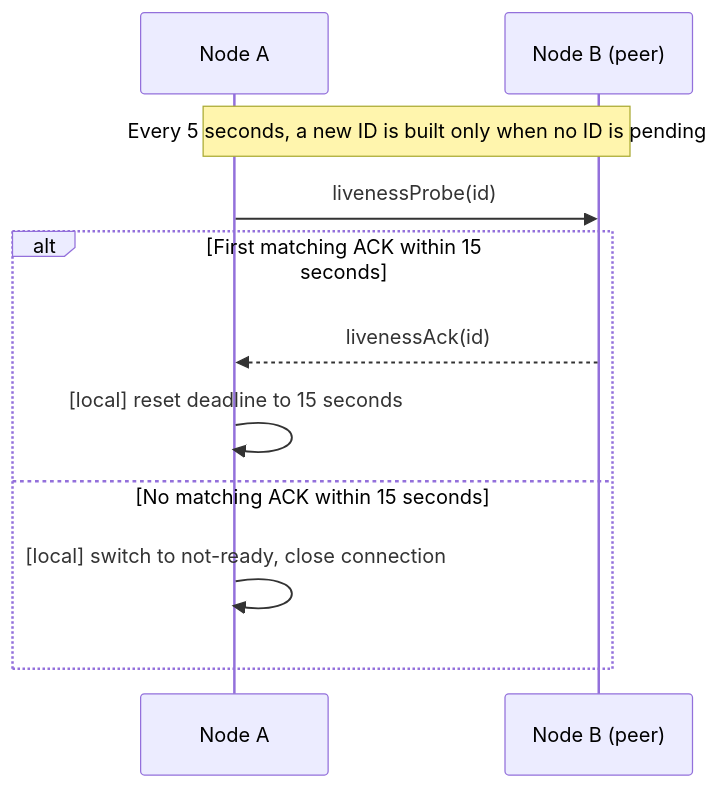
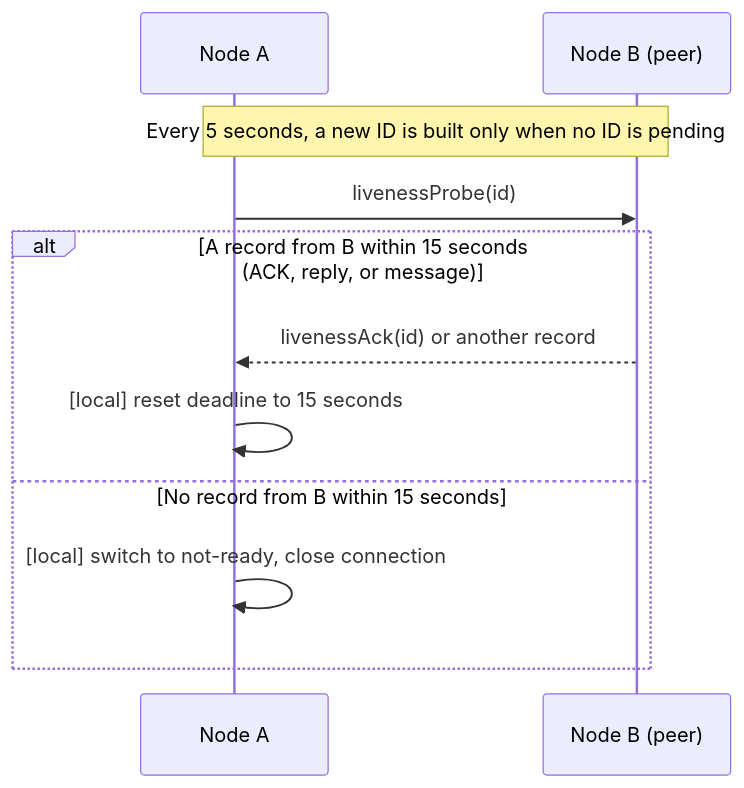
Before and after one commit to zlink-systems/zlink: the diagram in framework/doc/framework/common/spec/server/02-channel-transport/05-transport-liveness.en.md, drawn with Mermaid. The commit also changed other lines of this file and 7 other files, not shown here.

First line of the commit message:
spec: any record received on a connection refreshes the liveness deadline

````diff
--- a/framework/doc/framework/common/spec/server/02-channel-transport/05-transport-liveness.en.md
+++ b/framework/doc/framework/common/spec/server/02-channel-transport/05-transport-liveness.en.md
@@ -143,14 +149,14 @@
 ```mermaid
 sequenceDiagram
     participant A as Node A
     participant B as Node B (peer)
 
     Note over A,B: Every 5 seconds, a new ID is built only when no ID is pending
     A->>B: livenessProbe(id)
-    alt First matching ACK within 15 seconds
-        B-->>A: livenessAck(id)
+    alt A record from B within 15 seconds (ACK, reply, or message)
+        B-->>A: livenessAck(id) or another record
         A->>A: [local] reset deadline to 15 seconds
-    else No matching ACK within 15 seconds
+    else No record from B within 15 seconds
         A->>A: [local] switch to not-ready, close connection
     end
 ```
````
